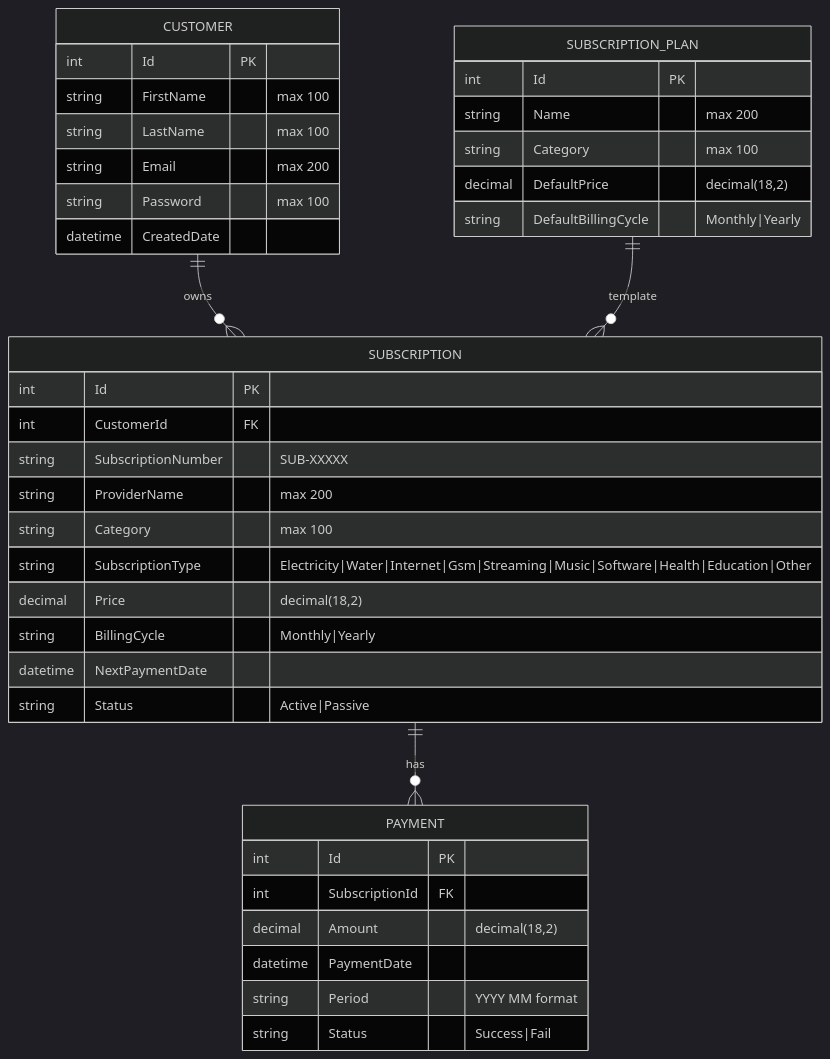
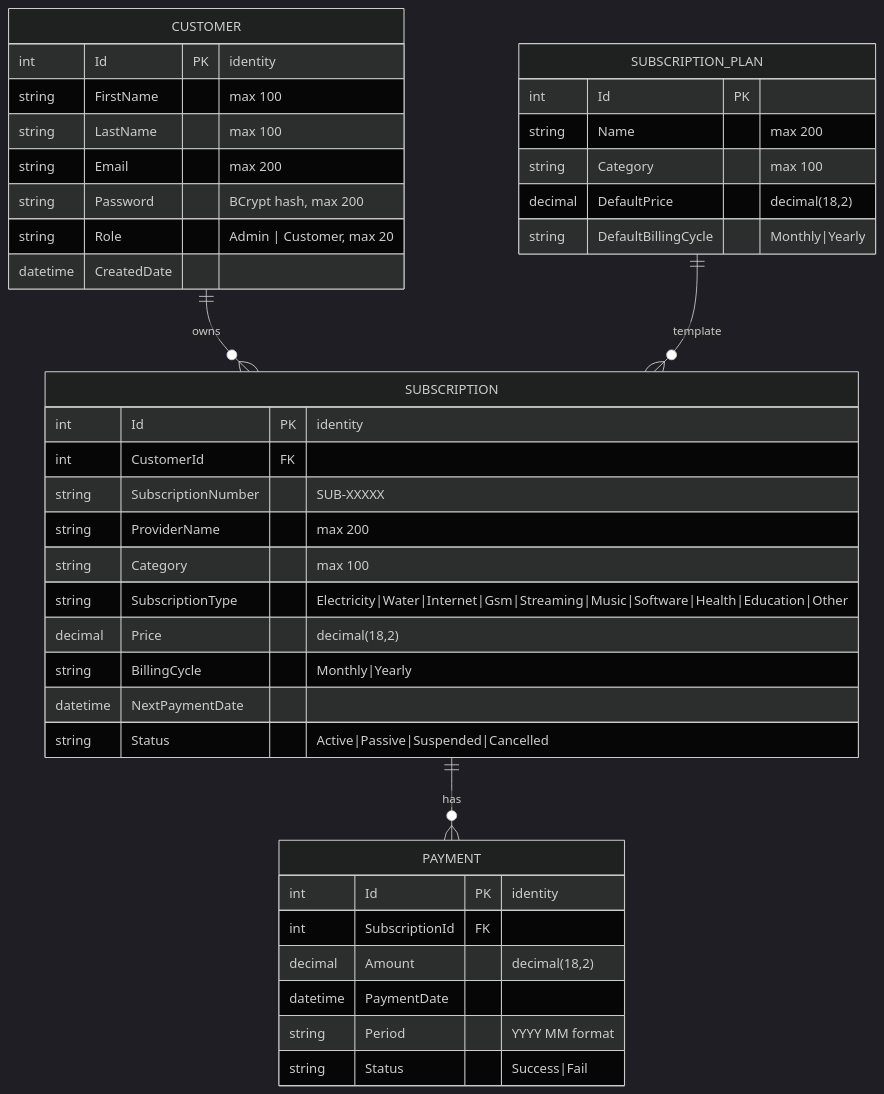
Before and after one commit to mehfes/HalalBank: the first of 6 diagrams in SYSTEM_DESIGN.md, drawn with Mermaid (dark theme). The commit also changed other lines of this file and 3 other files, not shown here.

````diff
--- a/SYSTEM_DESIGN.md
+++ b/SYSTEM_DESIGN.md
@@ -19,45 +19,46 @@
 ```mermaid
 erDiagram
     CUSTOMER ||--o{ SUBSCRIPTION : owns
     SUBSCRIPTION ||--o{ PAYMENT : has
     SUBSCRIPTION_PLAN ||--o{ SUBSCRIPTION : template
 
     CUSTOMER {
-        int Id PK
+        int Id PK "identity"
         string FirstName "max 100"
         string LastName "max 100"
         string Email "max 200"
-        string Password "max 100"
+        string Password "BCrypt hash, max 200"
+        string Role "Admin | Customer, max 20"
         datetime CreatedDate
     }
 
     SUBSCRIPTION {
-        int Id PK
+        int Id PK "identity"
         int CustomerId FK
         string SubscriptionNumber "SUB-XXXXX"
         string ProviderName "max 200"
         string Category "max 100"
         string SubscriptionType "Electricity|Water|Internet|Gsm|Streaming|Music|Software|Health|Education|Other"
         decimal Price "decimal(18,2)"
         string BillingCycle "Monthly|Yearly"
         datetime NextPaymentDate
-        string Status "Active|Passive"
+        string Status "Active|Passive|Suspended|Cancelled"
     }
 
     PAYMENT {
-        int Id PK
+        int Id PK "identity"
         int SubscriptionId FK
         decimal Amount "decimal(18,2)"
         datetime PaymentDate
         string Period "YYYY MM format"
         string Status "Success|Fail"
     }
 
     SUBSCRIPTION_PLAN {
         int Id PK
         string Name "max 200"
         string Category "max 100"
         decimal DefaultPrice "decimal(18,2)"
         string DefaultBillingCycle "Monthly|Yearly"
     }
 ```
````
